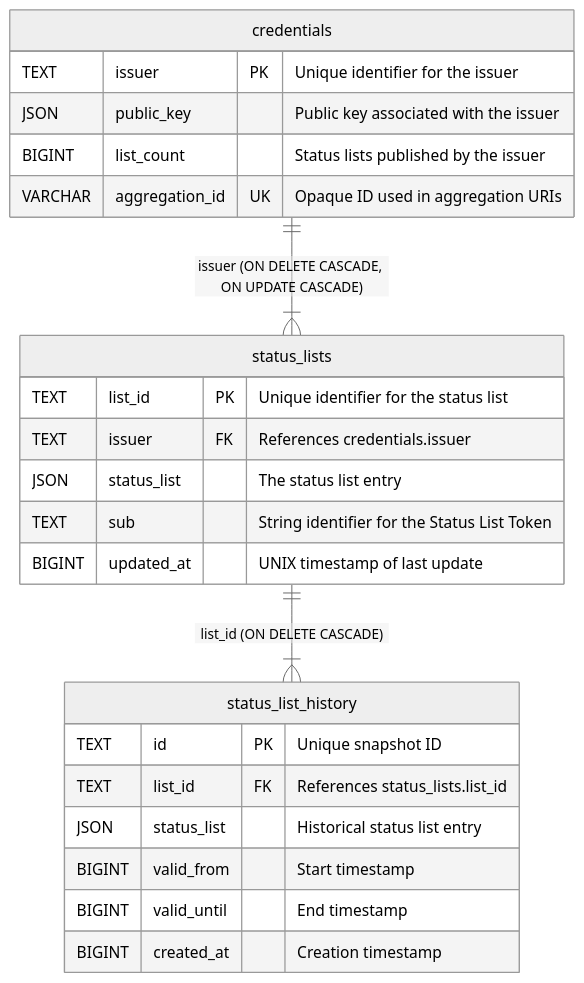
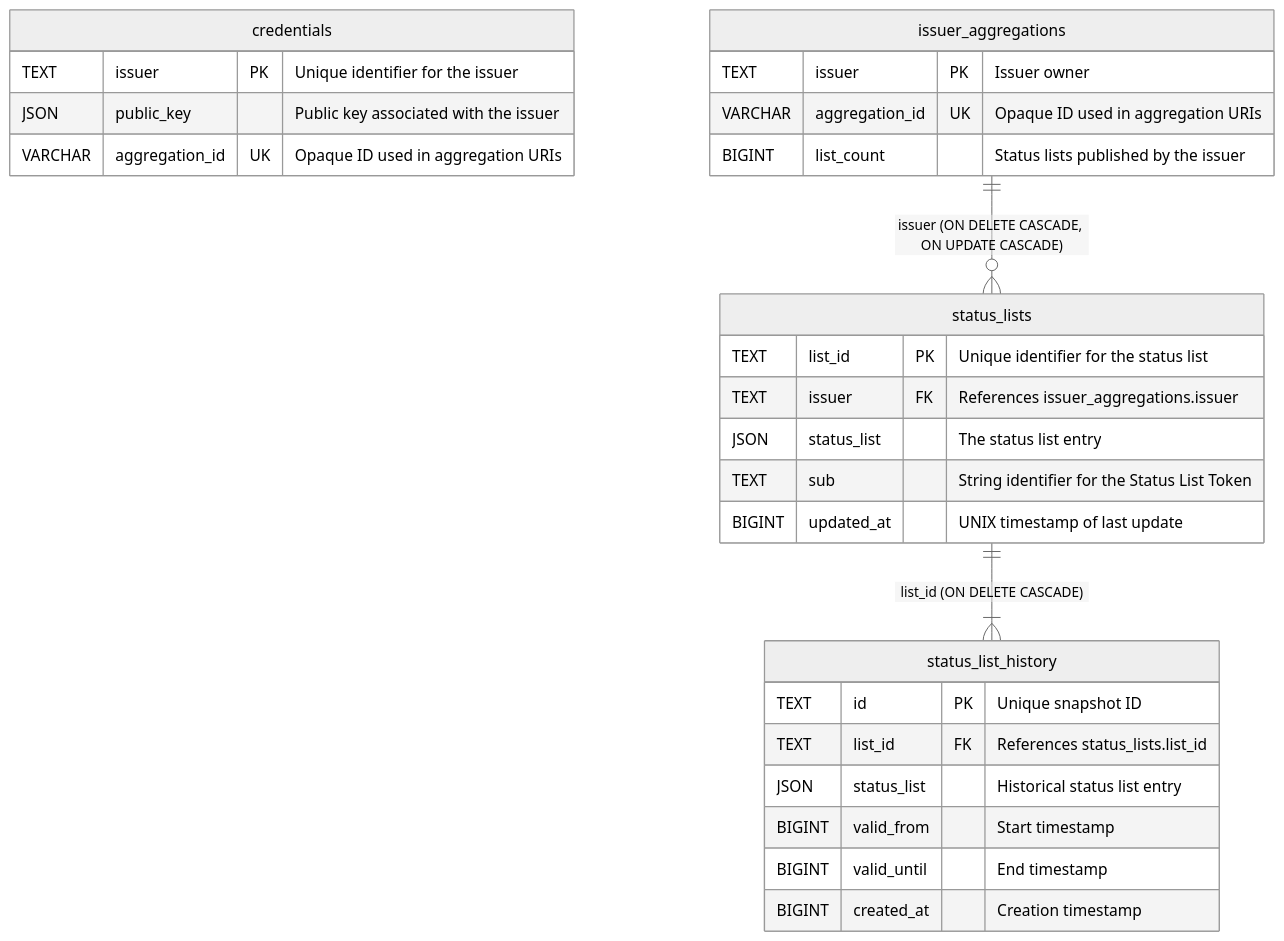
Before and after one commit to adorsys/status-list-server: the diagram in src/outbound/sql/README.md, drawn with Mermaid (neutral theme). The commit also changed other lines of this file and 13 other files, not shown here.

Commit message:
Merge branch 'develop' of github.com:adorsys/status-list-server into retire-issuer-self-registration

````diff
--- a/src/outbound/sql/README.md
+++ b/src/outbound/sql/README.md
@@ -134,26 +148,30 @@
 ```mermaid
 erDiagram
     credentials {
         TEXT issuer PK "Unique identifier for the issuer"
         JSON public_key "Public key associated with the issuer"
+        VARCHAR aggregation_id UK "Opaque ID used in aggregation URIs"
+    }
+    issuer_aggregations {
+        TEXT issuer PK "Issuer owner"
+        VARCHAR aggregation_id UK "Opaque ID used in aggregation URIs"
         BIGINT list_count "Status lists published by the issuer"
-        VARCHAR aggregation_id UK "Opaque ID used in aggregation URIs"
     }
     status_lists {
         TEXT list_id PK "Unique identifier for the status list"
-        TEXT issuer FK "References credentials.issuer"
+        TEXT issuer FK "References issuer_aggregations.issuer"
         JSON status_list "The status list entry"
         TEXT sub "String identifier for the Status List Token"
         BIGINT updated_at "UNIX timestamp of last update"
     }
     status_list_history {
         TEXT id PK "Unique snapshot ID"
         TEXT list_id FK "References status_lists.list_id"
         JSON status_list "Historical status list entry"
         BIGINT valid_from "Start timestamp"
         BIGINT valid_until "End timestamp"
         BIGINT created_at "Creation timestamp"
     }
-    credentials ||--|{ status_lists : "issuer (ON DELETE CASCADE, ON UPDATE CASCADE)"
+    issuer_aggregations ||--o{ status_lists : "issuer (ON DELETE CASCADE, ON UPDATE CASCADE)"
     status_lists ||--|{ status_list_history : "list_id (ON DELETE CASCADE)"
 ```
````
